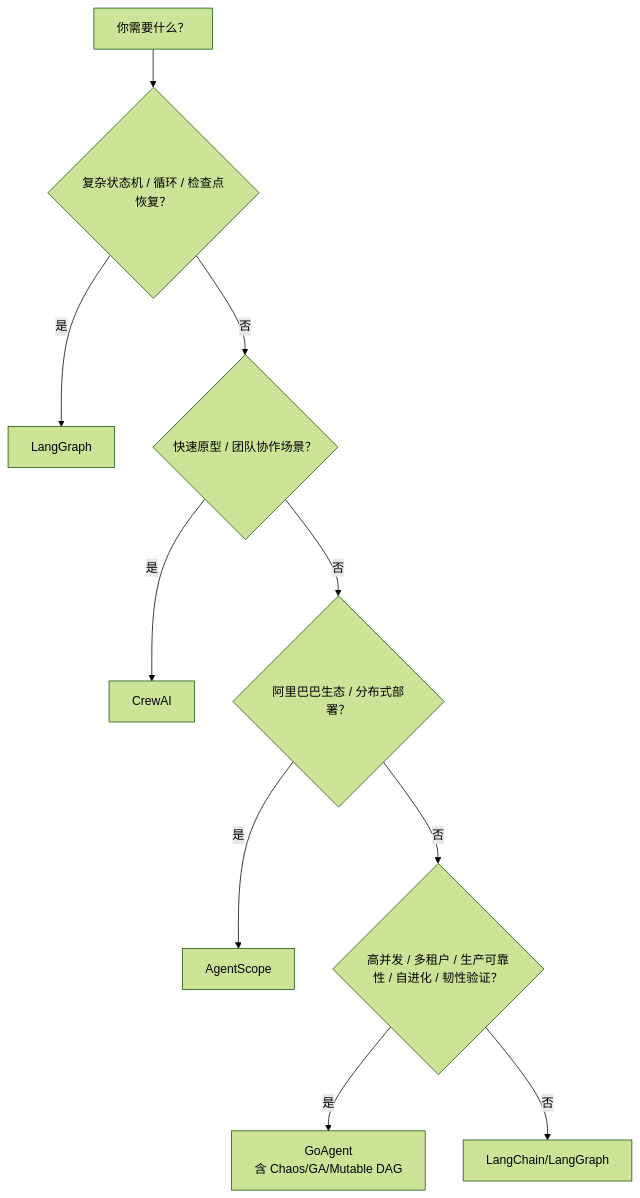
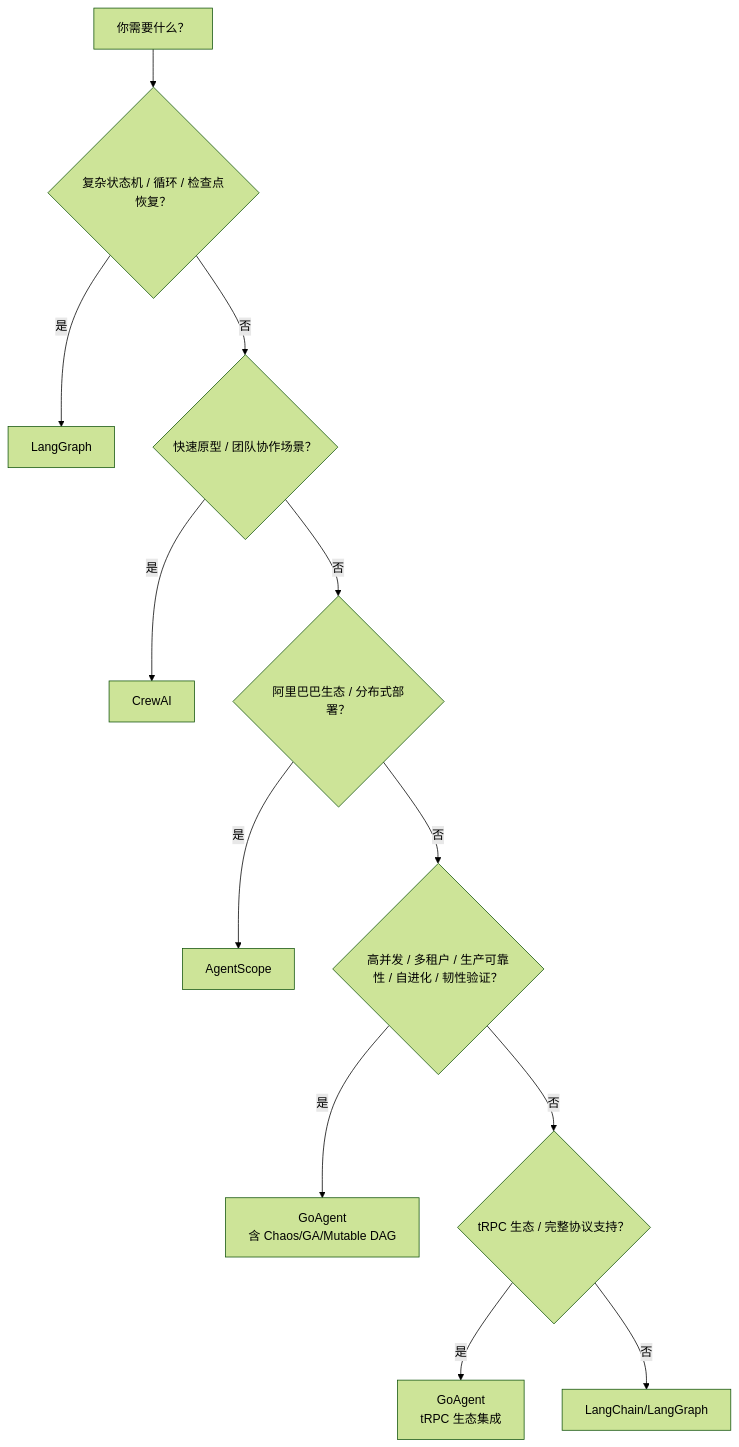
One commit to Timwood0x10/ARES changed the tenth of 10 diagrams in docs/framework-comparison-langchain-crewai-agentscope-goagent-zh.md. Above: the diagram before and after it, drawn with Mermaid (forest theme). The commit also changed other lines of this file and 3 other files, not shown here.

Commit message:
docs: add tRPC-Agent-Go comparison and update existing docs

````diff
--- a/docs/framework-comparison-langchain-crewai-agentscope-goagent-zh.md
+++ b/docs/framework-comparison-langchain-crewai-agentscope-goagent-zh.md
@@ -763,13 +791,15 @@
 ```mermaid
 flowchart TD
     START[你需要什么？]
     START --> Q1{复杂状态机 / 循环 / 检查点恢复？}
     Q1 -->|是| LG[LangGraph]
     Q1 -->|否| Q2{快速原型 / 团队协作场景？}
     Q2 -->|是| Crew[CrewAI]
     Q2 -->|否| Q3{阿里巴巴生态 / 分布式部署？}
     Q3 -->|是| AS[AgentScope]
     Q3 -->|否| Q4{高并发 / 多租户 / 生产可靠性 / 自进化 / 韧性验证？}
     Q4 -->|是| GA[GoAgent<br/>含 Chaos/GA/Mutable DAG]
-    Q4 -->|否| LC[LangChain/LangGraph]
+    Q4 -->|否| Q9{tRPC 生态 / 完整协议支持？}
+    Q9 -->|是| tRPC[GoAgent<br/>tRPC 生态集成]
+    Q9 -->|否| LC[LangChain/LangGraph]
 ```
````
